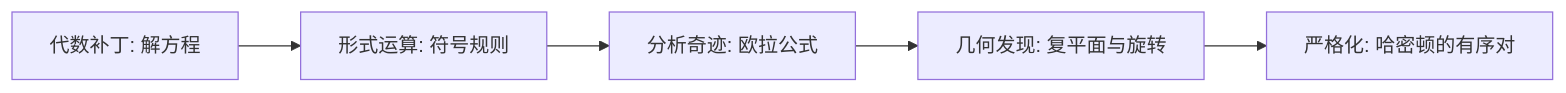
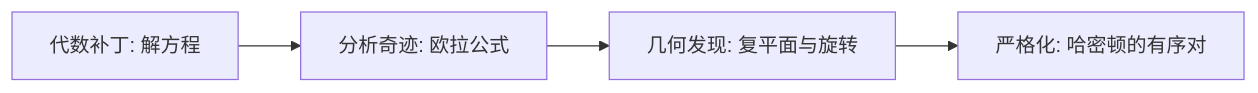
Before and after one commit to asxiuxiu/asxiuxiu_obsidian_repo: the diagram in Notes/数学基础/复分析与傅里叶变换/虚数i的起源.md, drawn with Mermaid. The commit also changed other lines of this file and 12 other files, not shown here.

````diff
--- a/Notes/数学基础/复分析与傅里叶变换/虚数i的起源.md
+++ b/Notes/数学基础/复分析与傅里叶变换/虚数i的起源.md
@@ -131,7 +152,6 @@
 ```mermaid
 graph LR
-    A[代数补丁: 解方程] --> B[形式运算: 符号规则]
-    B --> C[分析奇迹: 欧拉公式]
-    C --> D[几何发现: 复平面与旋转]
-    D --> E[严格化: 哈密顿的有序对]
+    A[代数补丁: 解方程] --> B[分析奇迹: 欧拉公式]
+    B --> C[几何发现: 复平面与旋转]
+    C --> D[严格化: 哈密顿的有序对]
 ```
````
